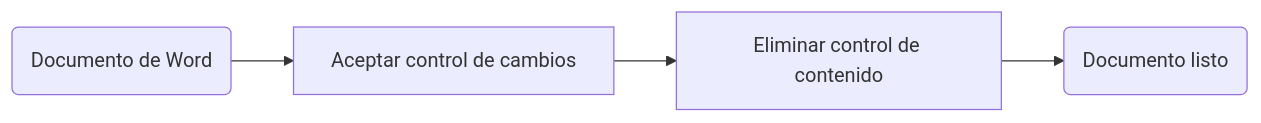
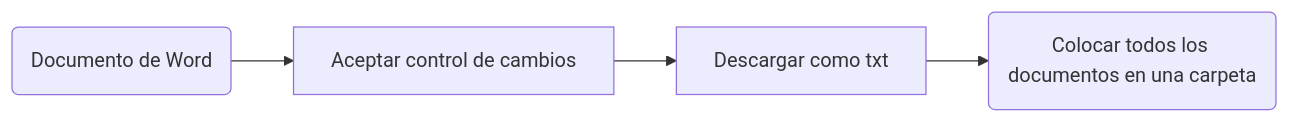
One commit to Omphalos99/histo-internet-col changed the first of 2 diagrams in _entrevistas/Flujo_metodologico_entrevistas.md. Above: the diagram before and after it, drawn with Mermaid. The commit also changed other lines of this file and 26 other files, not shown here.

````diff
--- a/_entrevistas/Flujo_metodologico_entrevistas.md
+++ b/_entrevistas/Flujo_metodologico_entrevistas.md
@@ -12,6 +23,11 @@
 ```mermaid
+
 graph LR
+
 A(Documento de Word) --> B[Aceptar control de cambios]
-B --> C[Eliminar control de contenido]
-C --> D(Documento listo)
+
+B --> C[Descargar como txt]
+
+C --> D(Colocar todos los documentos en una carpeta)
+
 ```
````
